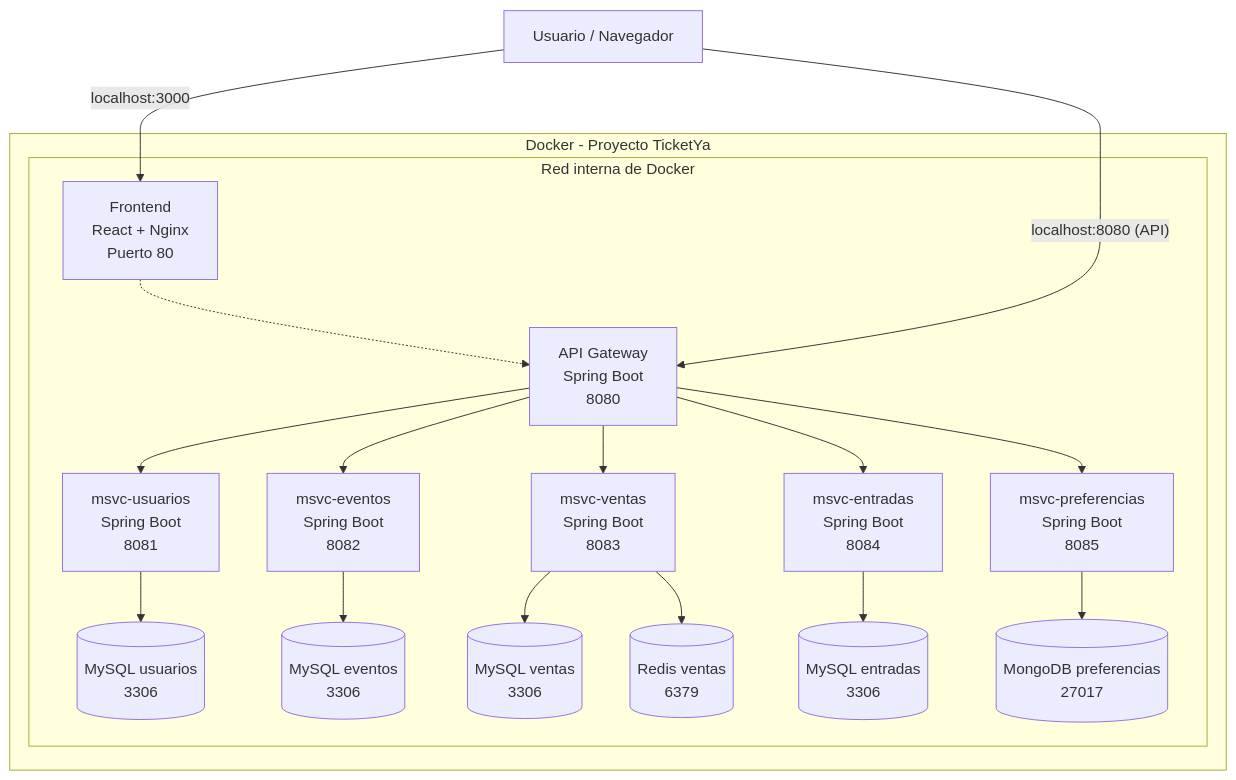
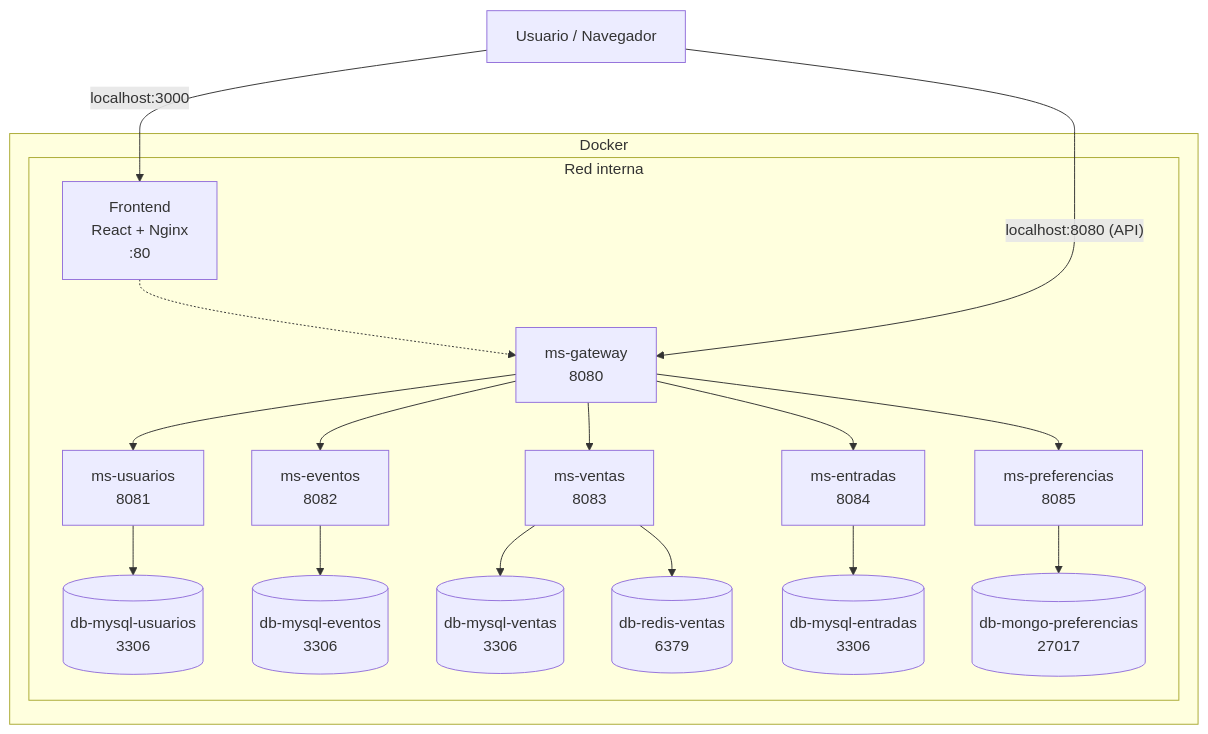
Before and after one commit to florAlar/ticketYa: the diagram in Backend/docs/infraestructura.md, drawn with Mermaid. The commit also changed other lines of this file and 13 other files, not shown here.

````diff
--- a/Backend/docs/infraestructura.md
+++ b/Backend/docs/infraestructura.md
@@ -123,41 +123,41 @@
 ```mermaid
 flowchart TB
 U["Usuario / Navegador"]
 
-    subgraph DOCKER["Docker - Proyecto TicketYa"]
-        subgraph RED["Red interna de Docker"]
-            FE["Frontend<br/>React + Nginx<br/>Puerto 80"]
-            GW["API Gateway<br/>Spring Boot<br/>8080"]
+    subgraph DOCKER["Docker"]
+        subgraph RED["Red interna"]
+            FE["Frontend<br/>React + Nginx<br/>:80"]
+            GW["ms-gateway<br/>8080"]
 
-            UMS["msvc-usuarios<br/>Spring Boot<br/>8081"]
-            EMS["msvc-eventos<br/>Spring Boot<br/>8082"]
-            VMS["msvc-ventas<br/>Spring Boot<br/>8083"]
-            TMS["msvc-entradas<br/>Spring Boot<br/>8084"]
-            PMS["msvc-preferencias<br/>Spring Boot<br/>8085"]
+            UMS["ms-usuarios<br/>8081"]
+            EMS["ms-eventos<br/>8082"]
+            VMS["ms-ventas<br/>8083"]
+            TMS["ms-entradas<br/>8084"]
+            PMS["ms-preferencias<br/>8085"]
 
-            DBU[("MySQL usuarios<br/>3306")]
-            DBE[("MySQL eventos<br/>3306")]
-            DBV[("MySQL ventas<br/>3306")]
-            DBT[("MySQL entradas<br/>3306")]
-            MDB[("MongoDB preferencias<br/>27017")]
-            R[("Redis ventas<br/>6379")]
+            DBU[("db-mysql-usuarios<br/>3306")]
+            DBE[("db-mysql-eventos<br/>3306")]
+            DBV[("db-mysql-ventas<br/>3306")]
+            DBT[("db-mysql-entradas<br/>3306")]
+            MDB[("db-mongo-preferencias<br/>27017")]
+            R[("db-redis-ventas<br/>6379")]
 
             FE -.-> GW
             GW --> UMS
             GW --> EMS
             GW --> VMS
             GW --> TMS
             GW --> PMS
 
             UMS --> DBU
             EMS --> DBE
             VMS --> DBV
             VMS --> R
             TMS --> DBT
             PMS --> MDB
         end
     end
 
     U -->|"localhost:3000"| FE
     U -->|"localhost:8080 (API)"| GW
 ```
````
